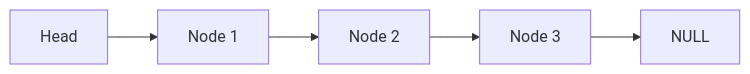
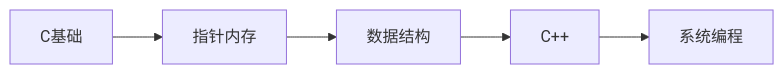
Before and after one commit to fanquanpp/MyNotebook: the first of 5 diagrams in 02-C语言/README.md, drawn with Mermaid. The commit also changed other lines of this file and 3 other files, not shown here.

````diff
--- a/02-C语言/README.md
+++ b/02-C语言/README.md
@@ -237,7 +30,4 @@
 ```mermaid
 graph LR
-    A[Head] --> B[Node 1]
-    B --> C[Node 2]
-    C --> D[Node 3]
-    D --> E[NULL]
+    A[C基础] --> B[指针内存] --> C[数据结构] --> D[C++] --> E[系统编程]
 ```
````
